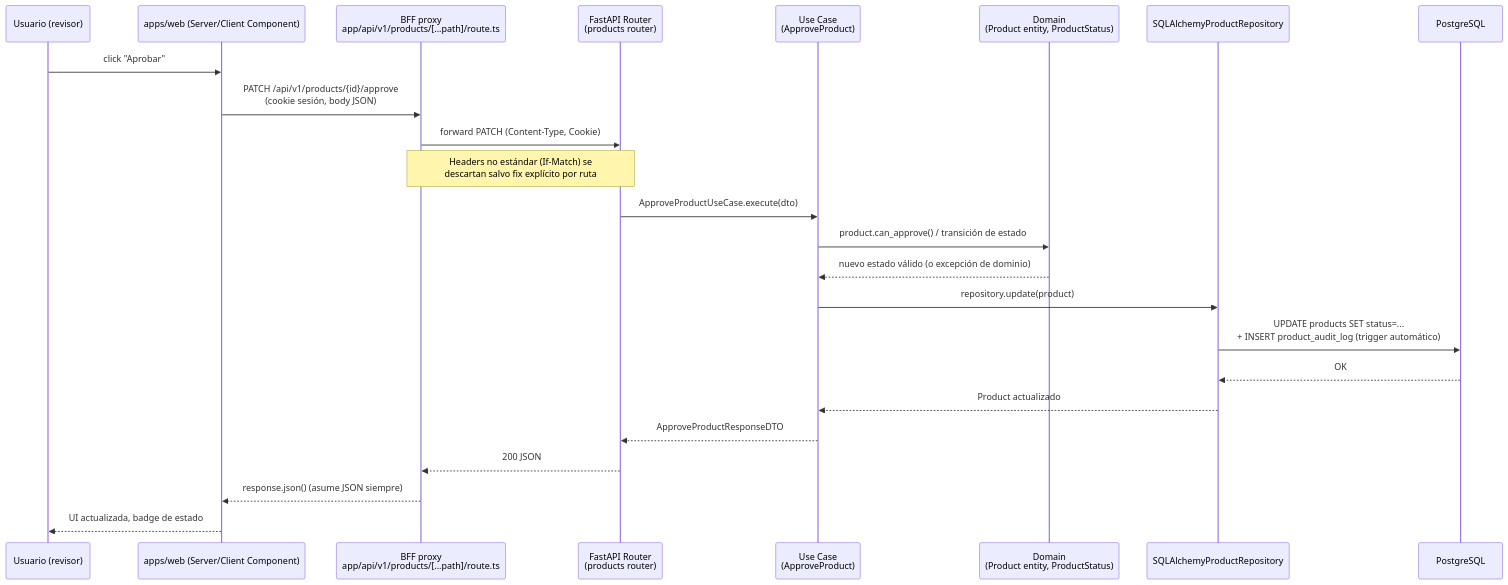
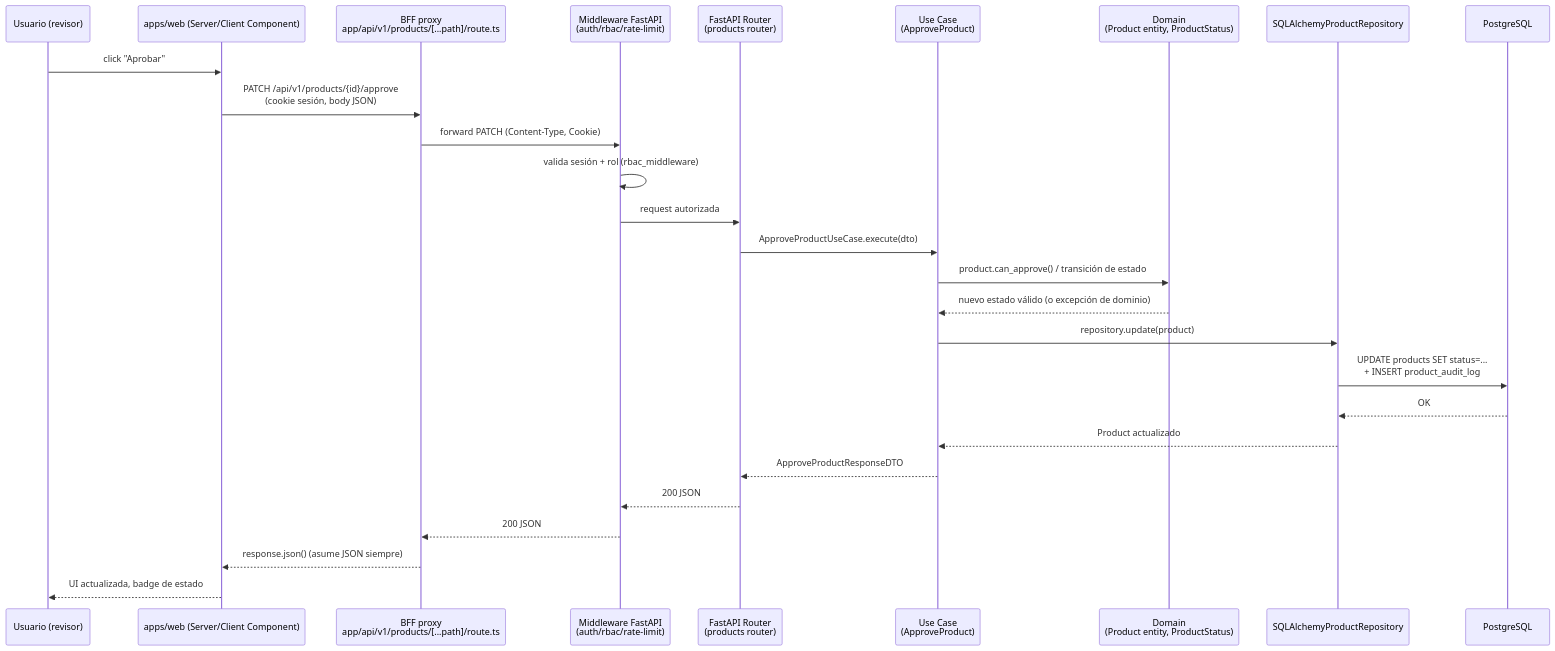
One commit to rap77/prosell-sass changed the second of 3 diagrams in aidlc/spaces/default/codekb/prosell-sass/architecture.md. Above: the diagram before and after it, drawn with Mermaid. The commit also changed other lines of this file and 10 other files, not shown here.

````diff
--- a/aidlc/spaces/default/codekb/prosell-sass/architecture.md
+++ b/aidlc/spaces/default/codekb/prosell-sass/architecture.md
@@ -91,27 +95,30 @@
 ```mermaid
 sequenceDiagram
     participant U as Usuario (revisor)
     participant W as apps/web (Server/Client Component)
     participant BFF as BFF proxy<br/>app/api/v1/products/[...path]/route.ts
+    participant MW as Middleware FastAPI<br/>(auth/rbac/rate-limit)
     participant R as FastAPI Router<br/>(products router)
     participant UC as Use Case<br/>(ApproveProduct)
     participant D as Domain<br/>(Product entity, ProductStatus)
     participant Repo as SQLAlchemyProductRepository
     participant DB as PostgreSQL
 
     U->>W: click "Aprobar"
     W->>BFF: PATCH /api/v1/products/{id}/approve<br/>(cookie sesión, body JSON)
-    BFF->>R: forward PATCH (Content-Type, Cookie)
-    Note over BFF,R: Headers no estándar (If-Match) se<br/>descartan salvo fix explícito por ruta
+    BFF->>MW: forward PATCH (Content-Type, Cookie)
+    MW->>MW: valida sesión + rol (rbac_middleware)
+    MW->>R: request autorizada
     R->>UC: ApproveProductUseCase.execute(dto)
     UC->>D: product.can_approve() / transición de estado
     D-->>UC: nuevo estado válido (o excepción de dominio)
     UC->>Repo: repository.update(product)
-    Repo->>DB: UPDATE products SET status=...<br/>+ INSERT product_audit_log (trigger automático)
+    Repo->>DB: UPDATE products SET status=...<br/>+ INSERT product_audit_log
     DB-->>Repo: OK
     Repo-->>UC: Product actualizado
     UC-->>R: ApproveProductResponseDTO
-    R-->>BFF: 200 JSON
+    R-->>MW: 200 JSON
+    MW-->>BFF: 200 JSON
     BFF-->>W: response.json() (asume JSON siempre)
     W-->>U: UI actualizada, badge de estado
 ```
````
